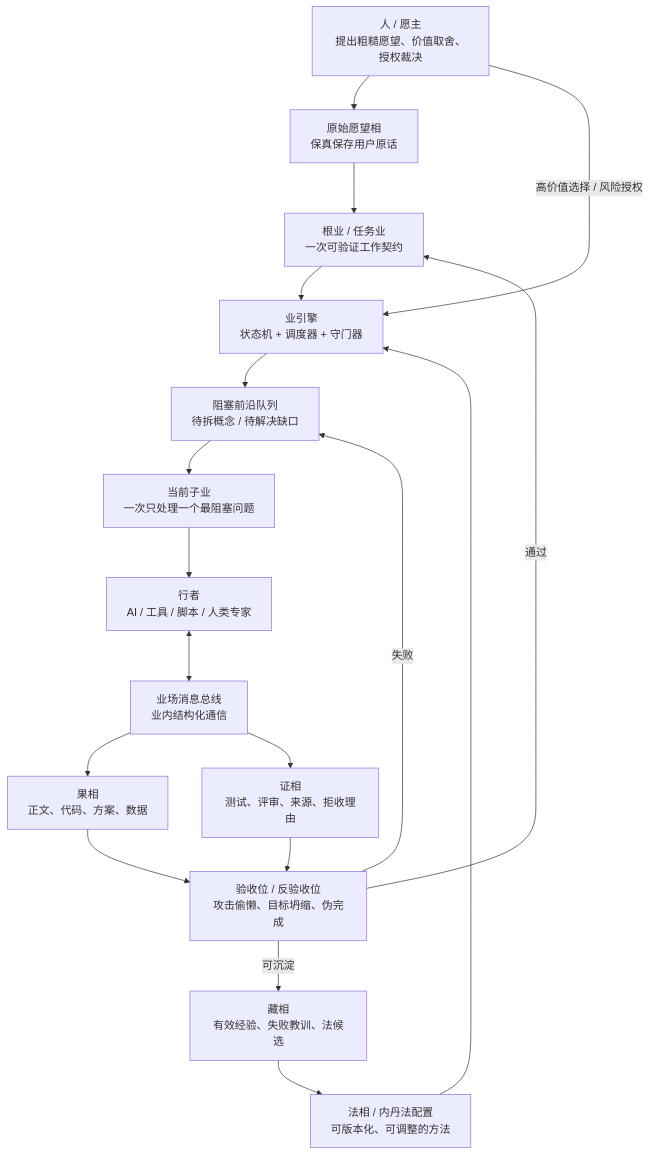
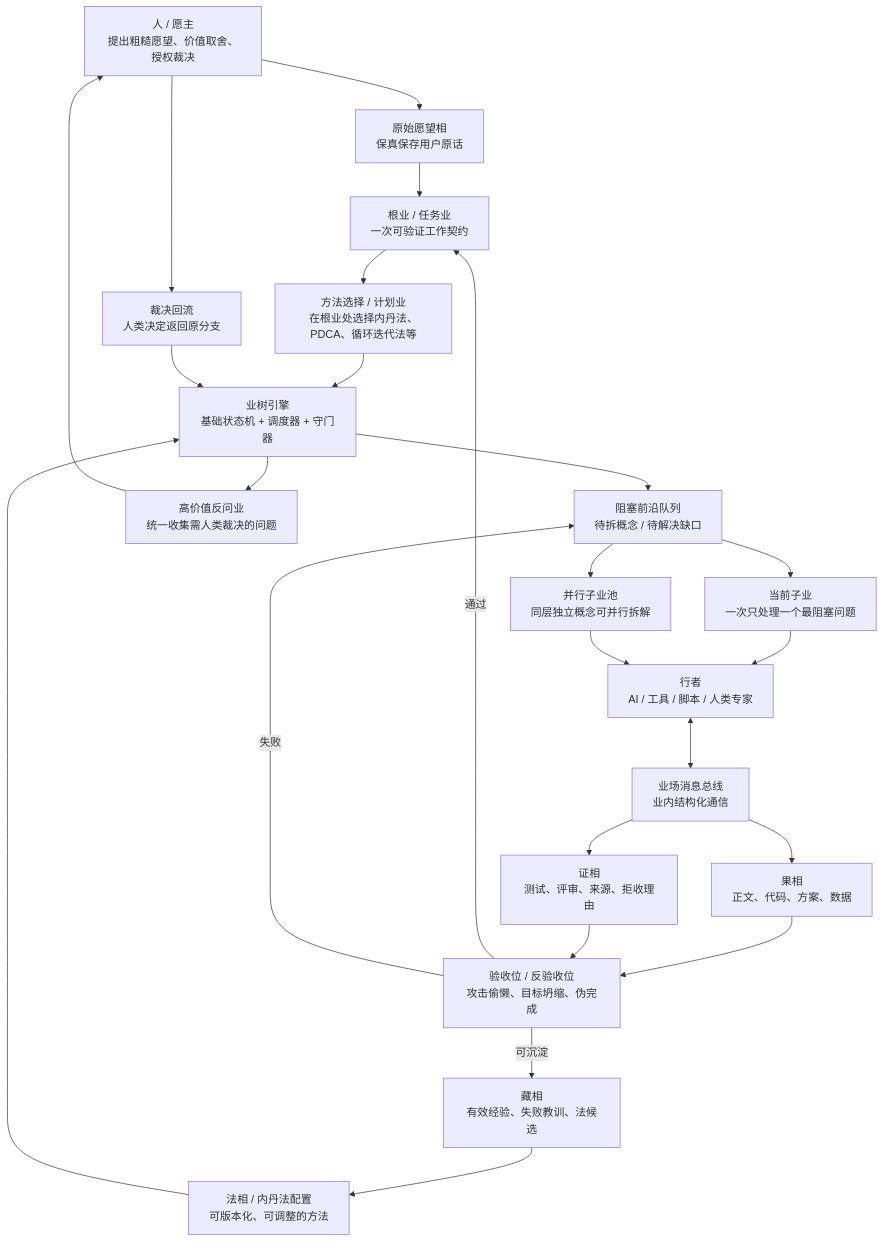
One commit to tiachuaxiyashua/jingu changed the first of 3 diagrams in truth/临时讨论-相业架构业引擎图文说明.md. Above: the diagram before and after it, drawn with Mermaid. The commit also changed other lines of this file, not shown here.

````diff
--- a/truth/临时讨论-相业架构业引擎图文说明.md
+++ b/truth/临时讨论-相业架构业引擎图文说明.md
@@ -22,35 +25,42 @@
 ```mermaid
 flowchart TD
     H[人 / 愿主<br/>提出粗糙愿望、价值取舍、授权裁决]
 
     W[原始愿望相<br/>保真保存用户原话]
     Y[根业 / 任务业<br/>一次可验证工作契约]
+    P[方法选择 / 计划业<br/>在根业处选择内丹法、PDCA、循环迭代法等]
     M[法相 / 内丹法配置<br/>可版本化、可调整的方法]
-    E[业引擎<br/>状态机 + 调度器 + 守门器]
+    E[业树引擎<br/>基础状态机 + 调度器 + 守门器]
     FQ[阻塞前沿队列<br/>待拆概念 / 待解决缺口]
+    HV[高价值反问业<br/>统一收集需人类裁决的问题]
+    HR[裁决回流<br/>人类决定返回原分支]
 
     CY[当前子业<br/>一次只处理一个最阻塞问题]
+    CP[并行子业池<br/>同层独立概念可并行拆解]
     XZ[行者<br/>AI / 工具 / 脚本 / 人类专家]
     FIELD[业场消息总线<br/>业内结构化通信]
     ART[果相<br/>正文、代码、方案、数据]
     EV[证相<br/>测试、评审、来源、拒收理由]
     V[验收位 / 反验收位<br/>攻击偷懒、目标坍缩、伪完成]
     CANG[藏相<br/>有效经验、失败教训、法候选]
 
     H --> W --> Y
-    Y --> E
+    Y --> P --> E
     M --> E
     E --> FQ
     FQ --> CY
+    FQ --> CP
     CY --> XZ
+    CP --> XZ
     XZ <--> FIELD
     FIELD --> ART
     FIELD --> EV
     ART --> V
     EV --> V
     V -->|通过| Y
     V -->|失败| FQ
+    E --> HV --> H
+    H --> HR --> E
     V -->|可沉淀| CANG
     CANG --> M
-    H -->|高价值选择 / 风险授权| E
 ```
````
